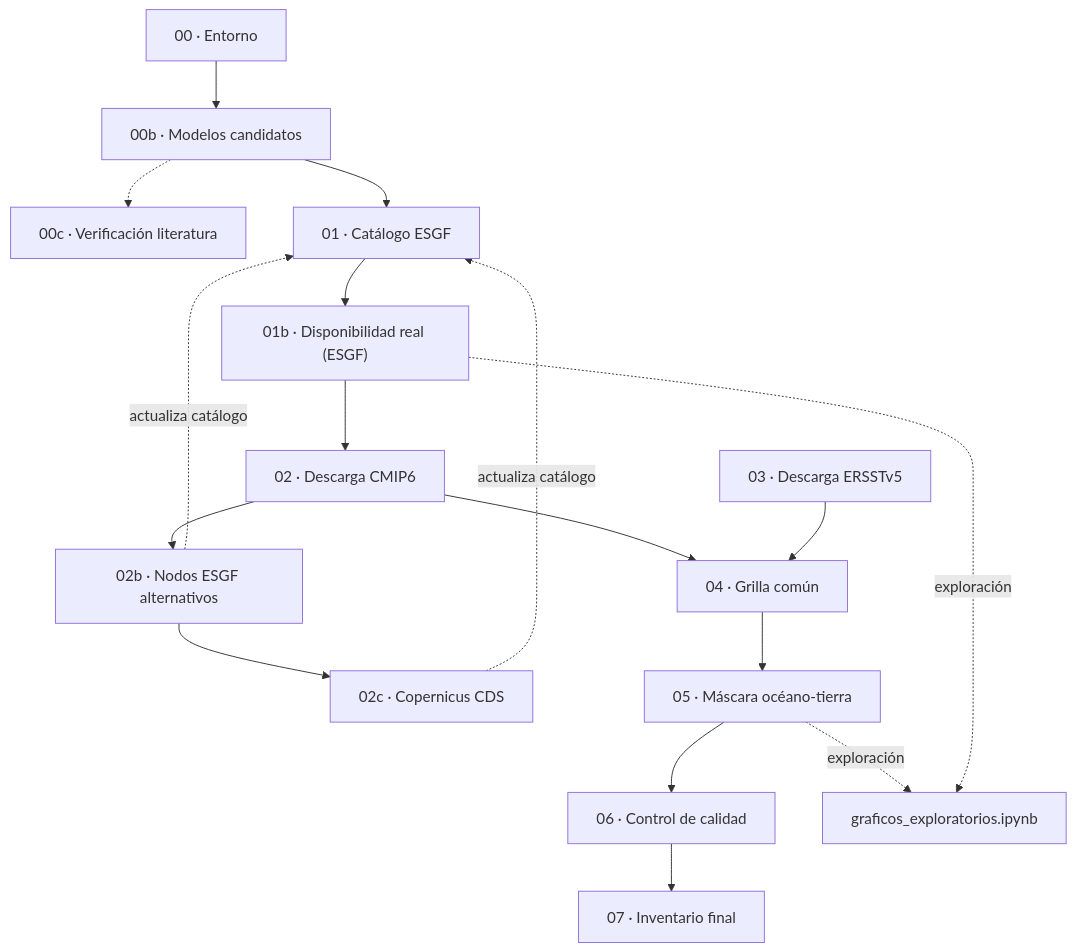
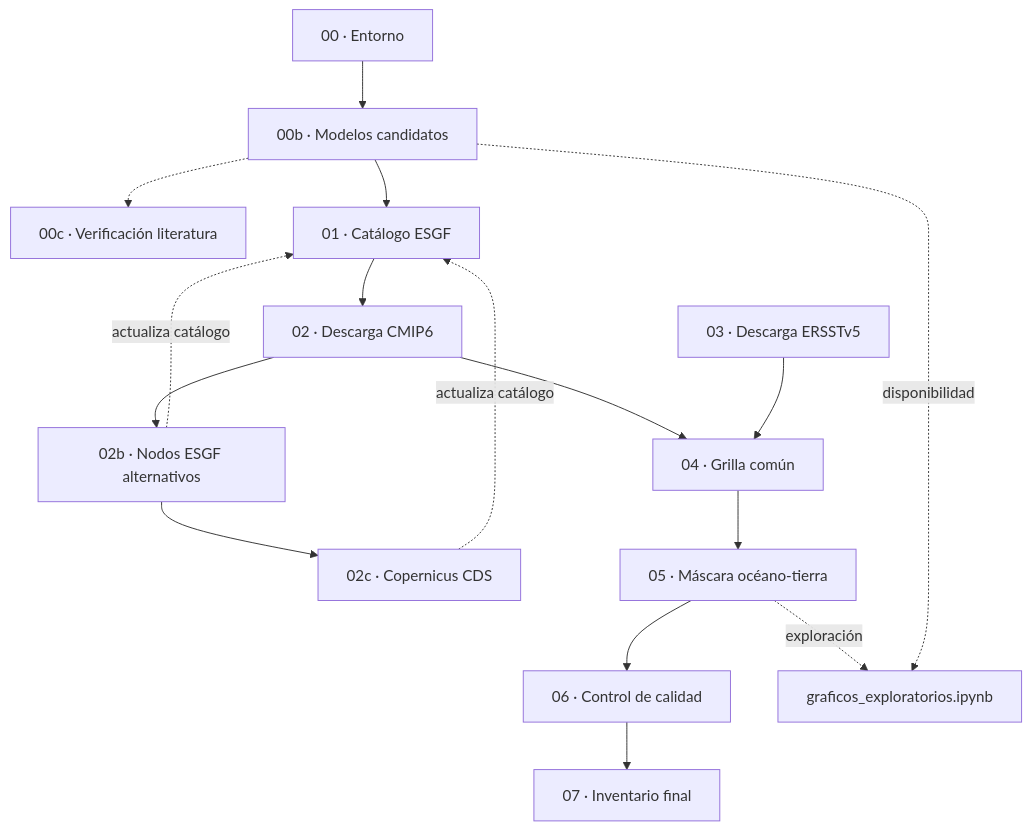
Before and after one commit to Japq91/e1_smn: the diagram in README.md, drawn with Mermaid. The commit also changed other lines of this file and 7 other files, not shown here.

````diff
--- a/README.md
+++ b/README.md
@@ -26,29 +27,28 @@
 ```mermaid
 flowchart TD
     S00["00 · Entorno"]
     S00b["00b · Modelos candidatos"]
     S00c["00c · Verificación literatura"]
     S01["01 · Catálogo ESGF"]
-    S01b["01b · Disponibilidad real (ESGF)"]
     S02b["02b · Nodos ESGF alternativos"]
     S02c["02c · Copernicus CDS"]
     S02["02 · Descarga CMIP6"]
     S03["03 · Descarga ERSSTv5"]
     S04["04 · Grilla común"]
     S05["05 · Máscara océano-tierra"]
     S06["06 · Control de calidad"]
     S07["07 · Inventario final"]
 
     S00 --> S00b --> S01
     S00b -.-> S00c
-    S01 --> S01b --> S02
+    S01 --> S02
     S02 --> S02b --> S02c
     S02b -.->|"actualiza catálogo"| S01
     S02c -.->|"actualiza catálogo"| S01
     S02 --> S04
     S03 --> S04
     S04 --> S05
     S05 --> S06 --> S07
     S05 -."exploración".-> NB["graficos_exploratorios.ipynb"]
-    S01b -."exploración".-> NB
+    S00b -."disponibilidad".-> NB
 ```
````
